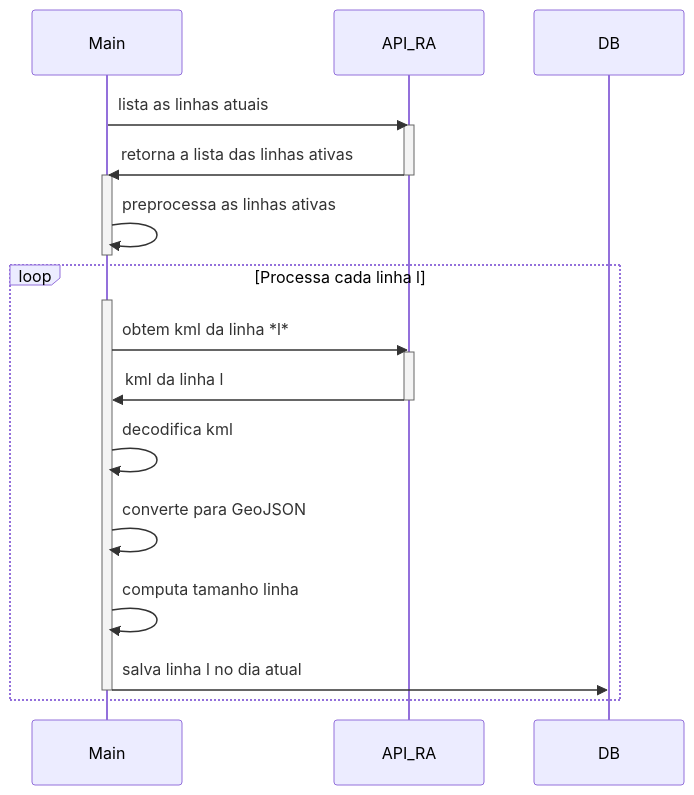
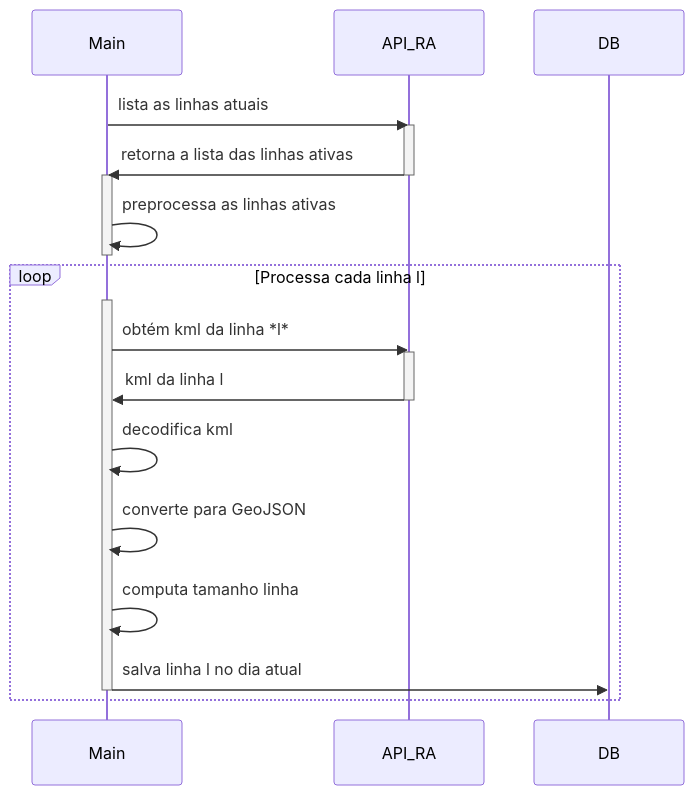
Before and after one commit to marcosroriz/ra-scripts-python: the diagram in ra_update_linhas_kml/README.md, drawn with Mermaid. The commit also changed 16 other files, not shown here.

````diff
--- a/ra_update_linhas_kml/README.md
+++ b/ra_update_linhas_kml/README.md
@@ -83,32 +83,32 @@
 ```mermaid
 %%{init: { 'sequence': {'messageAlign': 'left' }}}%%
 
 sequenceDiagram
     participant Main
     participant API_RA
     participant DB
 
     Main->>API_RA: lista as linhas atuais 
     activate API_RA
     API_RA->>Main: retorna a lista das linhas ativas
     deactivate API_RA
     
     activate Main
     Main->>Main: preprocessa as linhas ativas
     deactivate Main
 
     loop Processa cada linha l
         activate Main
-        Main->>API_RA: obtem kml da linha *l*
+        Main->>API_RA: obtém kml da linha *l*
         activate API_RA
         API_RA->>Main: kml da linha l
         deactivate API_RA
 
         Main->>Main: decodifica kml
         Main->>Main: converte para GeoJSON
         Main->>Main: computa tamanho linha
         Main->>DB: salva linha l no dia atual
         deactivate Main
     end
 
 ```
````
